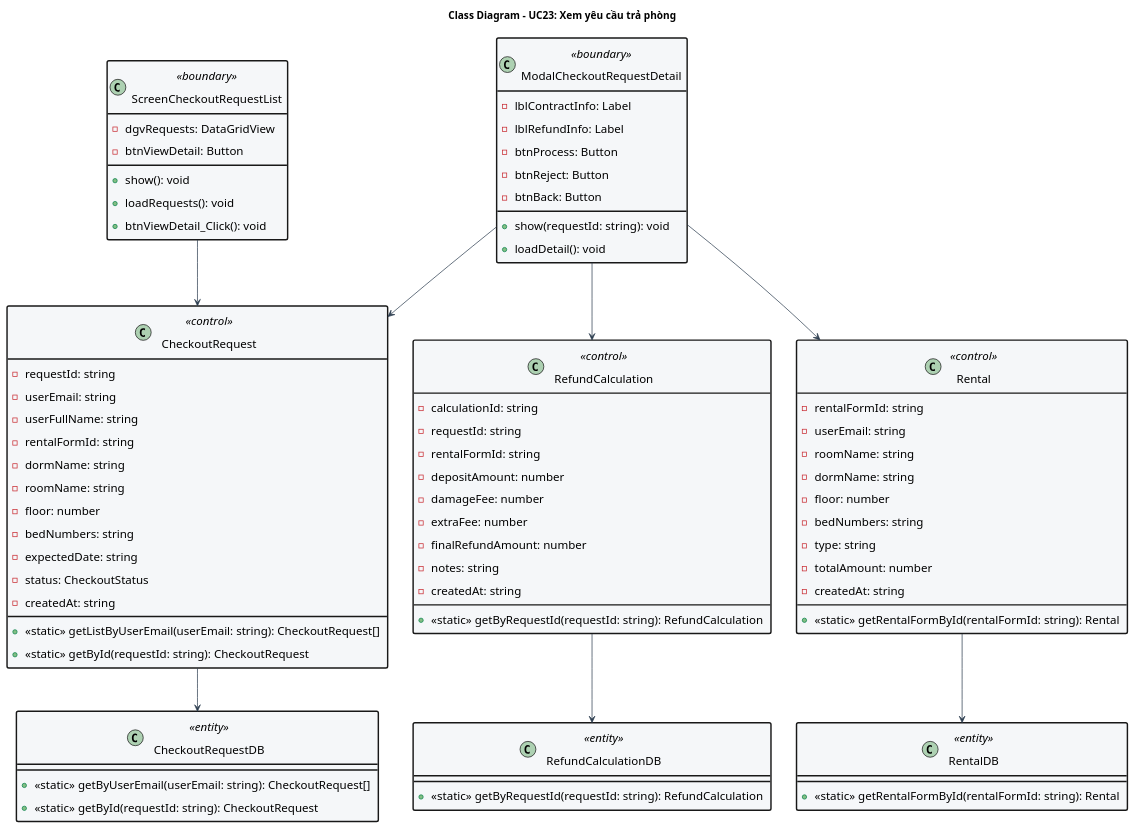
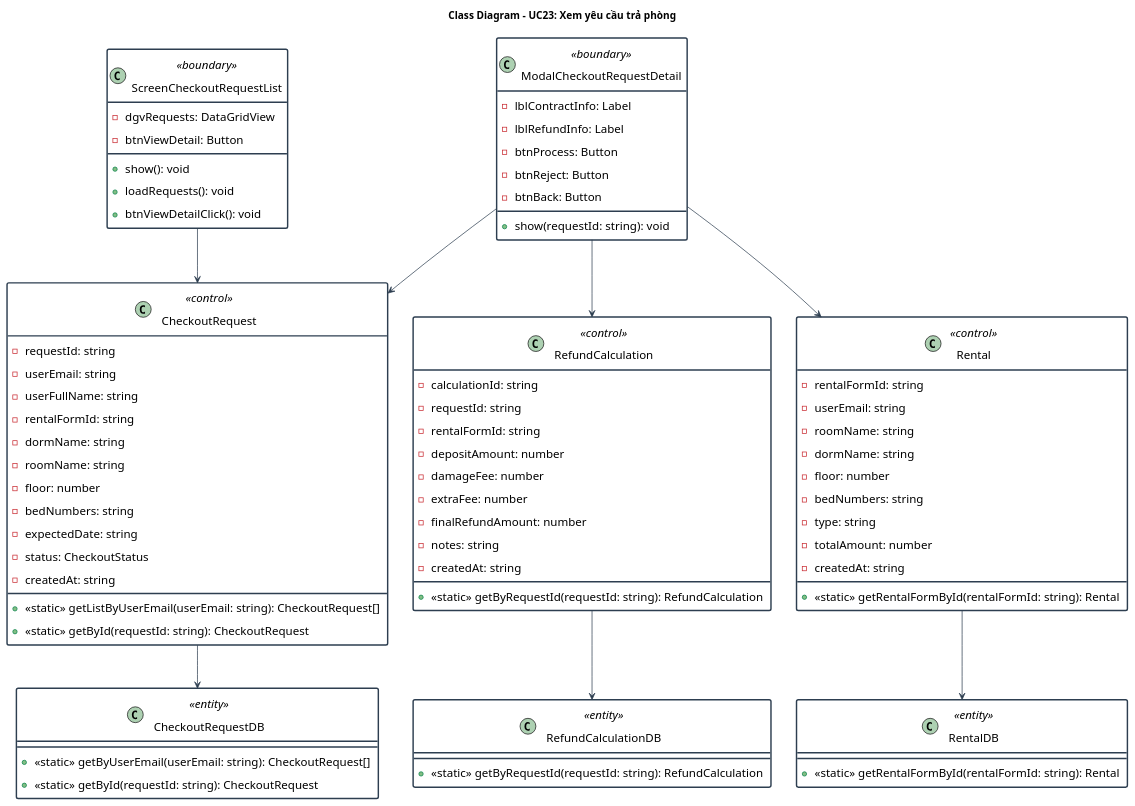
The diagram in doc/system/xem_yeu_cau_tra_phong/XemYeuCauTraPhong_ClassDiagram.wsd (Gnourt812005/HCMUS-Analyze-and-desgin-IS), drawn with PlantUML before and after one commit. The commit also changed 2 other files, not shown here.

Commit message:
quangdo/diagram: updated some diagrams

```diff
--- a/doc/system/xem_yeu_cau_tra_phong/XemYeuCauTraPhong_ClassDiagram.wsd
+++ b/doc/system/xem_yeu_cau_tra_phong/XemYeuCauTraPhong_ClassDiagram.wsd
@@ -1,99 +1,98 @@
 @startuml XemYeuCauTraPhong_ClassDiagram
 title Class Diagram - UC23: Xem yêu cầu trả phòng
 
 skinparam {
-    BackgroundColor White
+    ClassBackgroundColor White
+    ClassBorderColor #2D3E50
     ArrowColor #2D3E50
     DefaultFontName "Arial"
     DefaultFontSize 16
-    BorderColor #2D3E50
-    ClassBackgroundColor #F5F7F9
     ClassBorderThickness 2
     StereotypeFontColor #2D3E50
     Padding 5
 }
+
 
 class ScreenCheckoutRequestList <<boundary>> {
     - dgvRequests: DataGridView
     - btnViewDetail: Button
     + show(): void
     + loadRequests(): void
-    + btnViewDetail_Click(): void
+    + btnViewDetailClick(): void
 }
 
 class ModalCheckoutRequestDetail <<boundary>> {
     - lblContractInfo: Label
     - lblRefundInfo: Label
     - btnProcess: Button
     - btnReject: Button
     - btnBack: Button
     + show(requestId: string): void
-    + loadDetail(): void
 }
 
 class CheckoutRequest <<control>> {
     - requestId: string
     - userEmail: string
     - userFullName: string
     - rentalFormId: string
     - dormName: string
     - roomName: string
     - floor: number
     - bedNumbers: string
     - expectedDate: string
     - status: CheckoutStatus
     - createdAt: string
     + <<static>> getListByUserEmail(userEmail: string): CheckoutRequest[]
     + <<static>> getById(requestId: string): CheckoutRequest
 }
 
 class RefundCalculation <<control>> {
     - calculationId: string
     - requestId: string
     - rentalFormId: string
     - depositAmount: number
     - damageFee: number
     - extraFee: number
     - finalRefundAmount: number
     - notes: string
     - createdAt: string
     + <<static>> getByRequestId(requestId: string): RefundCalculation
 }
 
 class Rental <<control>> {
     - rentalFormId: string
     - userEmail: string
     - roomName: string
     - dormName: string
     - floor: number
     - bedNumbers: string
     - type: string
     - totalAmount: number
     - createdAt: string
     + <<static>> getRentalFormById(rentalFormId: string): Rental
 }
 
 ' --- DATABASE LAYER ---
 class CheckoutRequestDB <<entity>> {
     + <<static>> getByUserEmail(userEmail: string): CheckoutRequest[]
     + <<static>> getById(requestId: string): CheckoutRequest
 }
 
 class RefundCalculationDB <<entity>> {
     + <<static>> getByRequestId(requestId: string): RefundCalculation
 }
 
 class RentalDB <<entity>> {
     + <<static>> getRentalFormById(rentalFormId: string): Rental
 }
 
 ScreenCheckoutRequestList --> CheckoutRequest 
 ModalCheckoutRequestDetail --> CheckoutRequest 
 ModalCheckoutRequestDetail --> Rental 
 ModalCheckoutRequestDetail --> RefundCalculation 
 
 CheckoutRequest --> CheckoutRequestDB 
 RefundCalculation --> RefundCalculationDB 
 Rental --> RentalDB 
 
 @enduml
```
